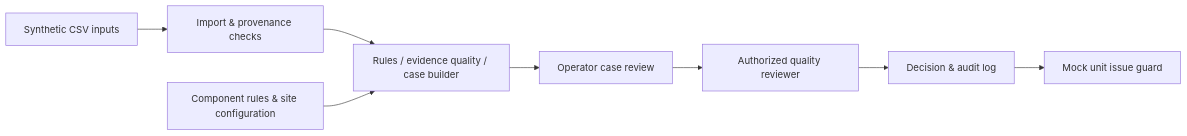
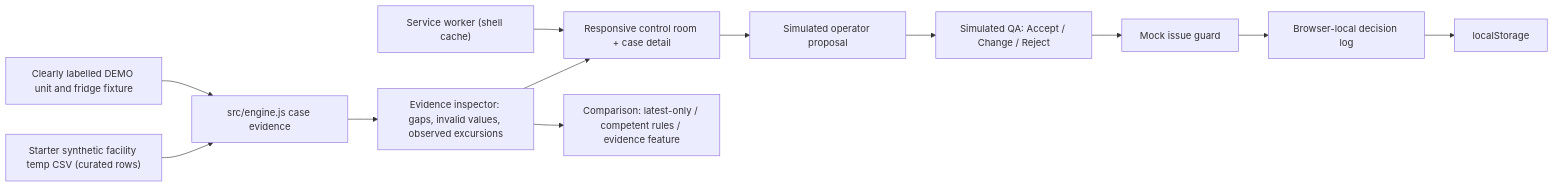
The diagram in README.md (okoyeDelight/Trustledger-bct-2026), drawn with Mermaid before and after one commit. The commit also changed other lines of this file, not shown here.

````diff
--- a/README.md
+++ b/README.md
@@ -26,10 +37,14 @@
-```mermaid
+~~~mermaid
 flowchart LR
-  CSV["Synthetic CSV inputs"] --> Import["Import & provenance checks"]
-  Import --> Review["Rules / evidence quality / case builder"]
-  Review --> UI["Operator case review"]
-  UI --> QA["Authorized quality reviewer"]
-  QA --> Audit["Decision & audit log"]
-  Audit --> Guard["Mock unit issue guard"]
-  Config["Component rules & site configuration"] --> Review
-```
+  Source["Starter synthetic facility temp CSV (curated rows)"] --> Fixture["src/engine.js case evidence"]
+  Extra["Clearly labelled DEMO unit and fridge fixture"] --> Fixture
+  Fixture --> Rules["Evidence inspector: gaps, invalid values, observed excursions"]
+  Rules --> View["Responsive control room + case detail"]
+  View --> Operator["Simulated operator proposal"]
+  Operator --> Reviewer["Simulated QA: Accept / Change / Reject"]
+  Reviewer --> Guard["Mock issue guard"]
+  Guard --> Audit["Browser-local decision log"]
+  Audit --> Store["localStorage"]
+  Cache["Service worker (shell cache)"] --> View
+  Rules --> Eval["Comparison: latest-only / competent rules / evidence feature"]
+~~~
````
